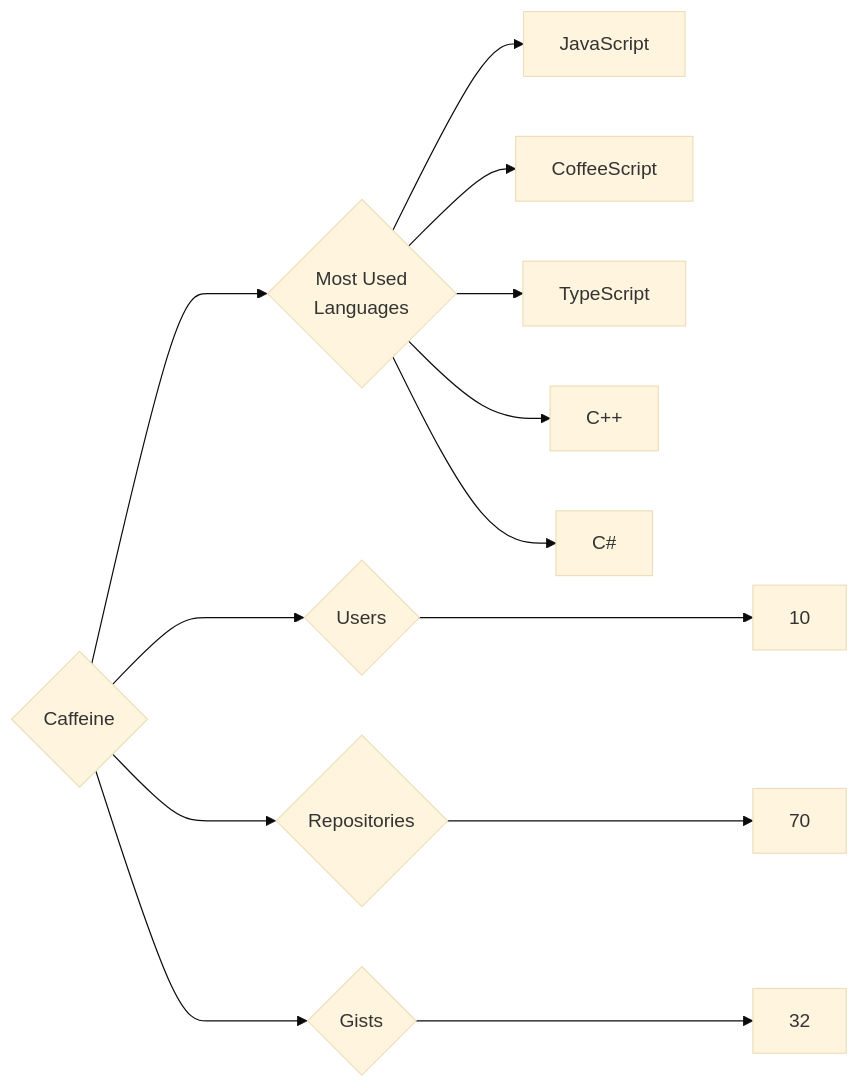
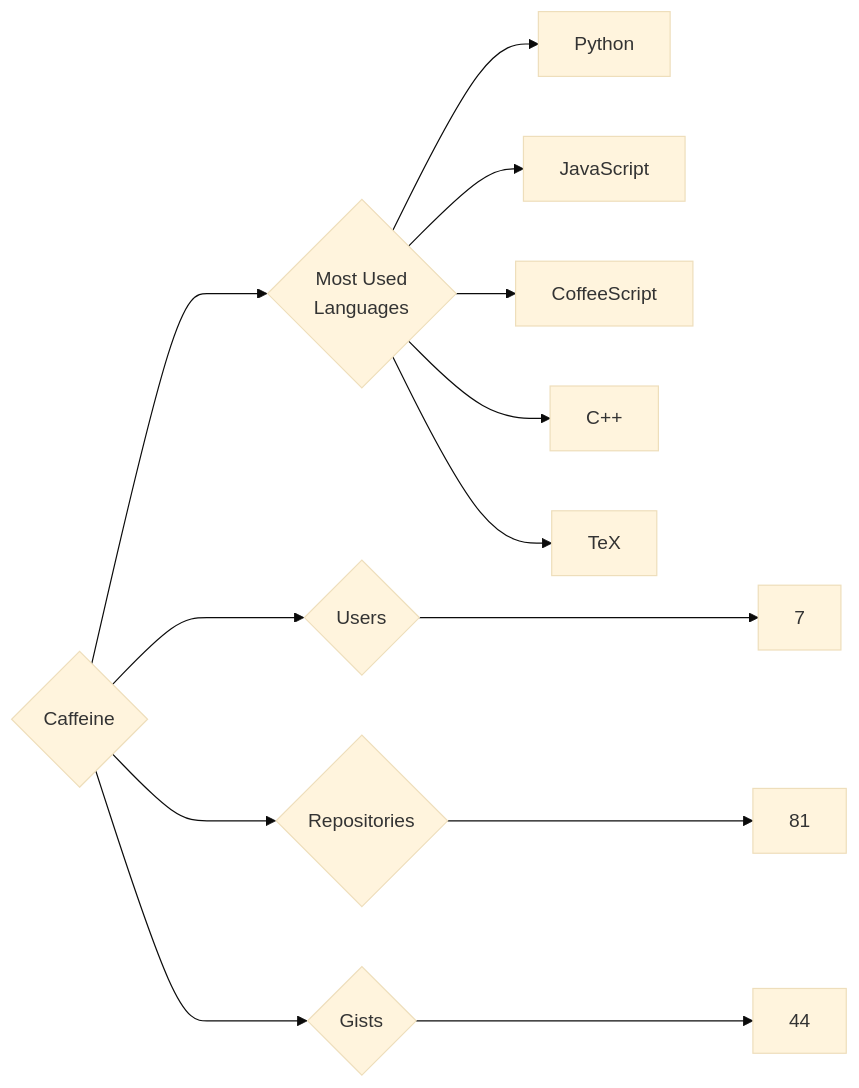
One commit to trickest/insiders changed the diagram in targets/Caffeine/README.md. Above: the diagram before and after it, drawn with Mermaid (base theme). The commit also changed 748 other files, not shown here.

````diff
--- a/targets/Caffeine/README.md
+++ b/targets/Caffeine/README.md
@@ -3,13 +3,13 @@
 ```mermaid
 graph LR
 COMPANY_NAME{Caffeine}
-COMPANY_NAME ---> U{Users} ---> UN[10]
-COMPANY_NAME ---> R{Repositories} ---> RN[70]
-COMPANY_NAME ---> G{Gists} ---> GN[32]
+COMPANY_NAME ---> U{Users} ---> UN[7]
+COMPANY_NAME ---> R{Repositories} ---> RN[81]
+COMPANY_NAME ---> G{Gists} ---> GN[44]
 COMPANY_NAME ---> ML{Most Used<br>Languages}
+ML --> Python[Python]
 ML --> JavaScript[JavaScript]
 ML --> CoffeeScript[CoffeeScript]
-ML --> TypeScript[TypeScript]
 ML --> C++[C++]
-ML --> C#[C#]
+ML --> TeX[TeX]
 ```
````
